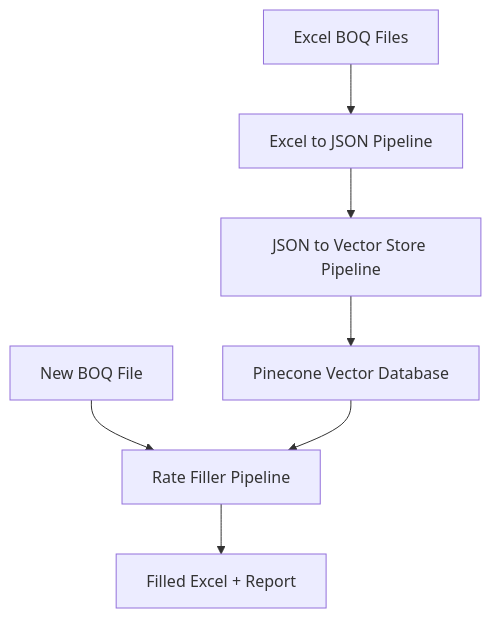
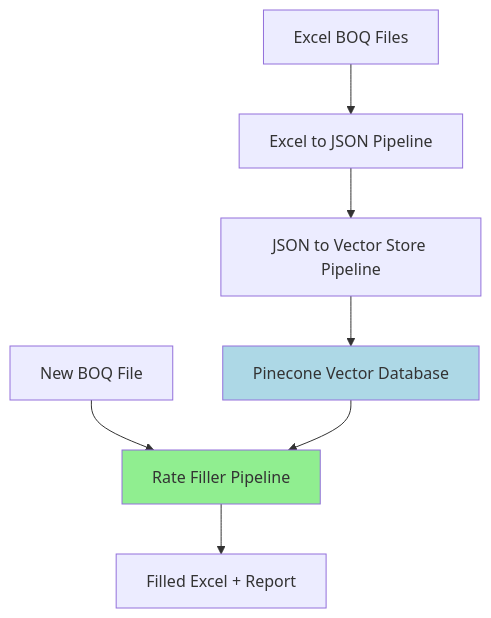
Before and after one commit to mahmoudayoub/mabani: the diagram in README.md, drawn with Mermaid. The commit also changed other lines of this file and 7 other files, not shown here.

````diff
--- a/README.md
+++ b/README.md
@@ -11,9 +11,12 @@
 ```mermaid
 graph TD
     A[Excel BOQ Files] --> B[Excel to JSON Pipeline]
     B --> C[JSON to Vector Store Pipeline]
     C --> D[Pinecone Vector Database]
     E[New BOQ File] --> F[Rate Filler Pipeline]
     D --> F
     F --> G[Filled Excel + Report]
+    
+    style F fill:#90EE90
+    style D fill:#ADD8E6
 ```
````
